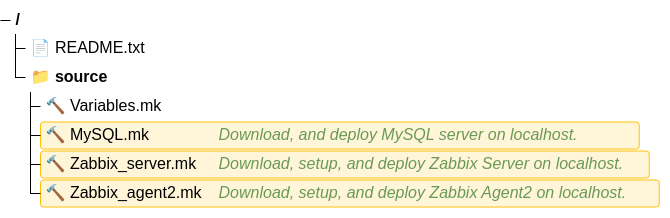
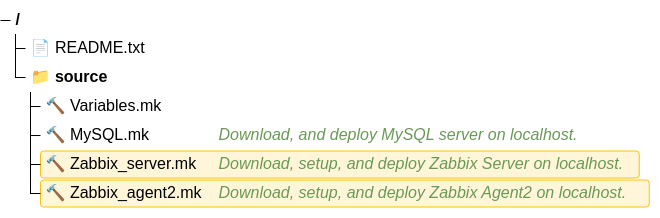
The diagram in README.md (Zai4ikManiak/Cyber-Security-Study), drawn with Mermaid before and after one commit.

Commit message:
modified:   README.md

````diff
--- a/README.md
+++ b/README.md
@@ -2,15 +2,22 @@
 ```mermaid
 ---
 config:
+    themeCSS: |
+        .greenHighlight .node-label {
+            background-color: rgba(76, 175, 80, 0.2) !important;
+            border: 1px solid #4CAF50 !important;
+            padding: 2px 6px;
+            border-radius: 4px;
+        }
     treeView:
         showIcons: false
         defaultIconPack: material-icon-theme
 ---
 treeView-beta
     📄 README.txt
     📁 source/ 
         🔨 Variables.mk
-        🔨 MySQL.mk :::highlight ## Download, and deploy MySQL server on localhost.
+        🔨 MySQL.mk :::greenHighlight ## Download, and deploy MySQL server on localhost.
         🔨 Zabbix_server.mk :::highlight ## Download, setup, and deploy Zabbix Server on localhost.
         🔨 Zabbix_agent2.mk :::highlight ## Download, setup, and deploy Zabbix Agent2 on localhost.
 ```
````
